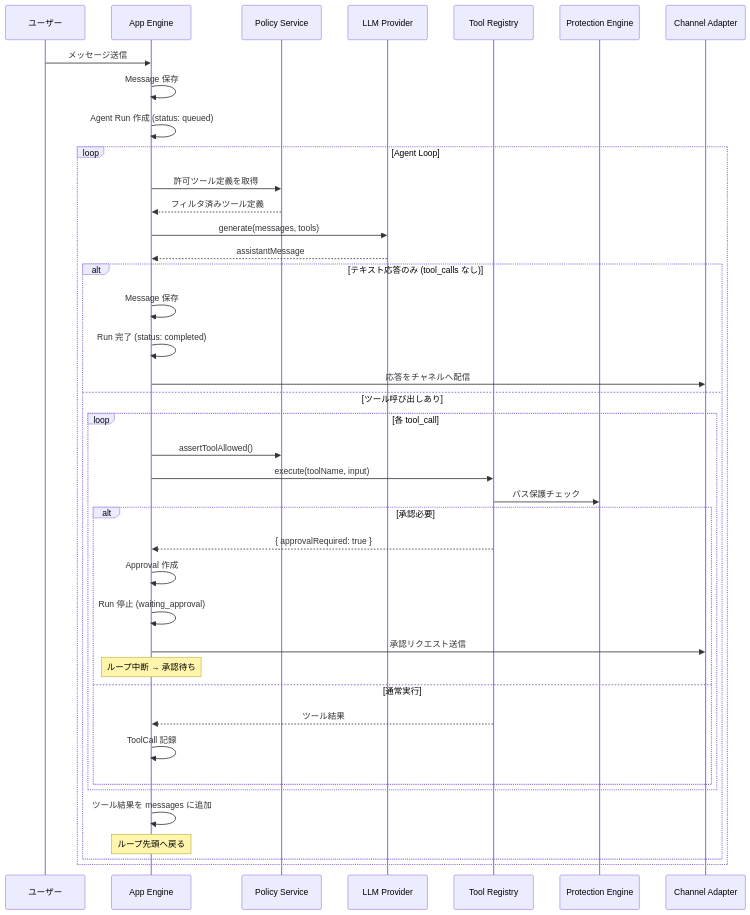
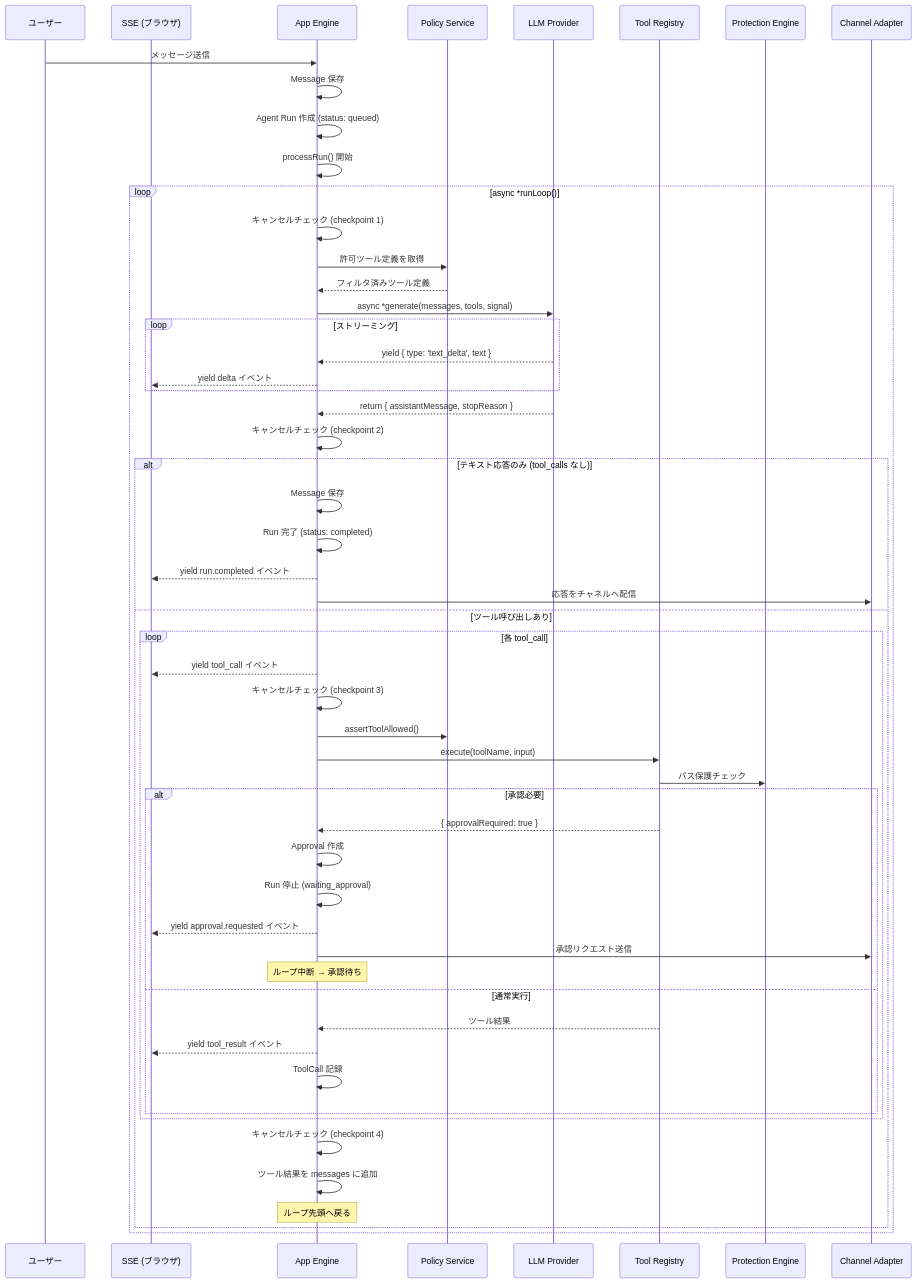
One commit to m-harness/micro-harness-engine changed the first of 2 diagrams in docs/ja/agent-loop.md. Above: the diagram before and after it, drawn with Mermaid. The commit also changed other lines of this file and 9 other files, not shown here.

````diff
--- a/docs/ja/agent-loop.md
+++ b/docs/ja/agent-loop.md
@@ -13,46 +13,62 @@
 ```mermaid
 sequenceDiagram
     participant U as ユーザー
+    participant SSE as SSE (ブラウザ)
     participant APP as App Engine
     participant PS as Policy Service
     participant LLM as LLM Provider
     participant TR as Tool Registry
     participant PE as Protection Engine
     participant CH as Channel Adapter
 
     U->>APP: メッセージ送信
     APP->>APP: Message 保存
     APP->>APP: Agent Run 作成 (status: queued)
+    APP->>APP: processRun() 開始
 
-    loop Agent Loop
+    loop async *runLoop()
+        APP->>APP: キャンセルチェック (checkpoint 1)
         APP->>PS: 許可ツール定義を取得
         PS-->>APP: フィルタ済みツール定義
-        APP->>LLM: generate(messages, tools)
-        LLM-->>APP: assistantMessage
+        APP->>LLM: async *generate(messages, tools, signal)
+
+        loop ストリーミング
+            LLM-->>APP: yield { type: 'text_delta', text }
+            APP-->>SSE: yield delta イベント
+        end
+
+        LLM-->>APP: return { assistantMessage, stopReason }
+        APP->>APP: キャンセルチェック (checkpoint 2)
 
         alt テキスト応答のみ (tool_calls なし)
             APP->>APP: Message 保存
             APP->>APP: Run 完了 (status: completed)
+            APP-->>SSE: yield run.completed イベント
             APP->>CH: 応答をチャネルへ配信
         else ツール呼び出しあり
             loop 各 tool_call
+                APP-->>SSE: yield tool_call イベント
+                APP->>APP: キャンセルチェック (checkpoint 3)
                 APP->>PS: assertToolAllowed()
                 APP->>TR: execute(toolName, input)
                 TR->>PE: パス保護チェック
 
                 alt 承認必要
                     TR-->>APP: { approvalRequired: true }
                     APP->>APP: Approval 作成
                     APP->>APP: Run 停止 (waiting_approval)
+                    APP-->>SSE: yield approval.requested イベント
                     APP->>CH: 承認リクエスト送信
                     Note over APP: ループ中断 → 承認待ち
                 else 通常実行
                     TR-->>APP: ツール結果
+                    APP-->>SSE: yield tool_result イベント
                     APP->>APP: ToolCall 記録
                 end
             end
+            APP->>APP: キャンセルチェック (checkpoint 4)
             APP->>APP: ツール結果を messages に追加
             Note over APP: ループ先頭へ戻る
         end
     end
 ```
````
